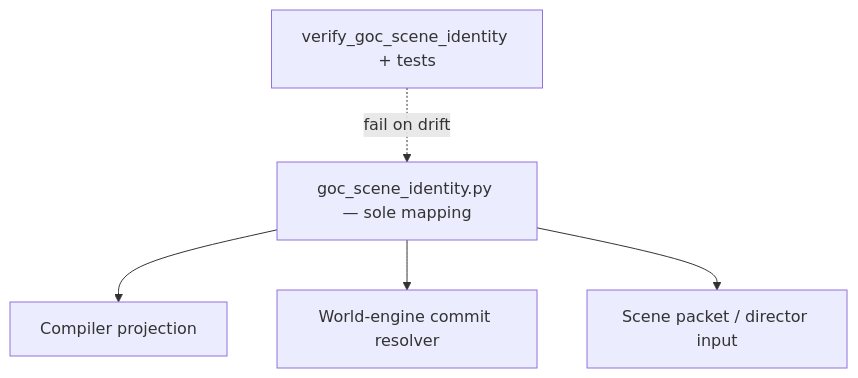
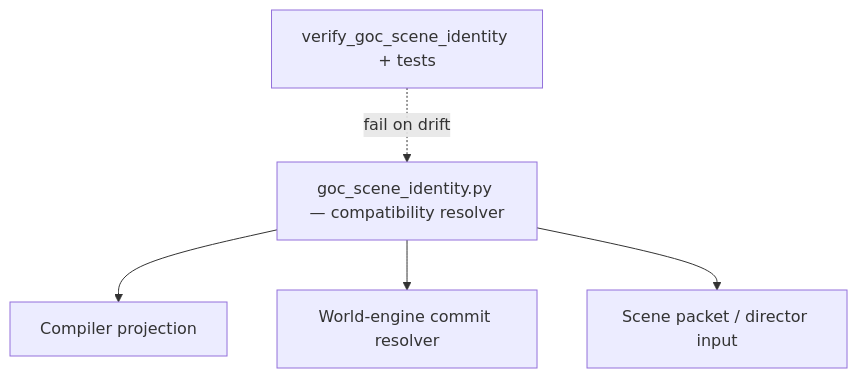
The diagram in docs/ADR/adr-0003-scene-identity-canonical-surface.md (Held0fTheWelt/BLACKVEIN), drawn with Mermaid before and after one commit. The commit also changed other lines of this file and 32 other files, not shown here.

````diff
--- a/docs/ADR/adr-0003-scene-identity-canonical-surface.md
+++ b/docs/ADR/adr-0003-scene-identity-canonical-surface.md
@@ -52,8 +62,8 @@
 ```mermaid
 flowchart TD
-  M[goc_scene_identity.py — sole mapping]
+  M[goc_scene_identity.py — compatibility resolver]
   M --> COMP[Compiler projection]
   M --> COMM[World-engine commit resolver]
   M --> AI[Scene packet / director input]
   CI[verify_goc_scene_identity + tests] -.->|fail on drift| M
 ```
````
